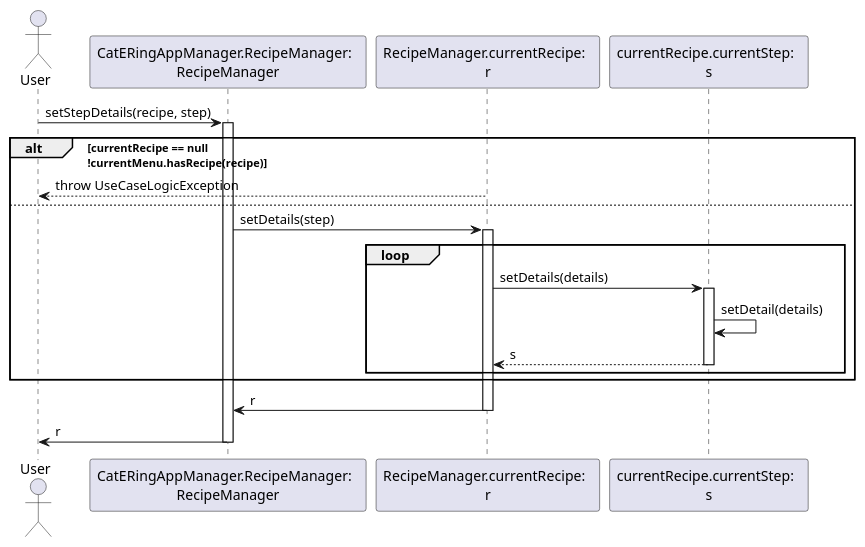
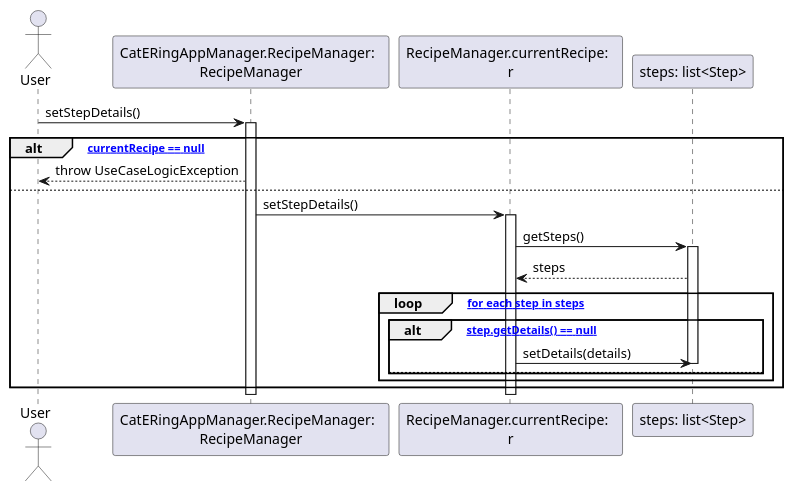
One commit to m0canu1/sas changed the diagram in dsd/dsd-ricette/4-setStepDetails.md. Above: the diagram before and after it, drawn with PlantUML. The commit also changed 7 other files, not shown here.

````diff
--- a/dsd/dsd-ricette/4-setStepDetails.md
+++ b/dsd/dsd-ricette/4-setStepDetails.md
@@ -1,27 +1,27 @@
 ```plantuml
 Actor User
 Participant "CatERingAppManager.RecipeManager:  \nRecipeManager" as RM
 Participant "RecipeManager.currentRecipe:  \nr" as CR
-Participant "currentRecipe.currentStep:  \ns" as CS
 
 
-User -> RM:setStepDetails(recipe, step)
+User -> RM:setStepDetails()
 Activate RM
-alt currentRecipe == null\n!currentMenu.hasRecipe(recipe)
-	CR --> User: throw UseCaseLogicException
+alt ["currentRecipe == null"]
+	RM --> User: throw UseCaseLogicException
 else
-    RM -> CR:setDetails(step)
+    RM -> CR: setStepDetails()
     Activate CR
-    loop
-            CR -> CS:setDetails(details)        
-            Activate CS
-            CS -> CS:setDetail(details)
-            CS --> CR: s
-            Deactivate CS
+    CR -> "steps: list<Step>": getSteps()
+    Activate "steps: list<Step>"
+    "steps: list<Step>" --> CR: steps
+    loop ["for each step in steps"]
+        alt ["step.getDetails() == null"]
+            CR -> "steps: list<Step>": setDetails(details)
+            Deactivate "steps: list<Step>"
+        else
+        end
     end
 end
-CR -> RM: r
 Deactivate CR
-RM -> User: r
 Deactivate RM
 ```
````
